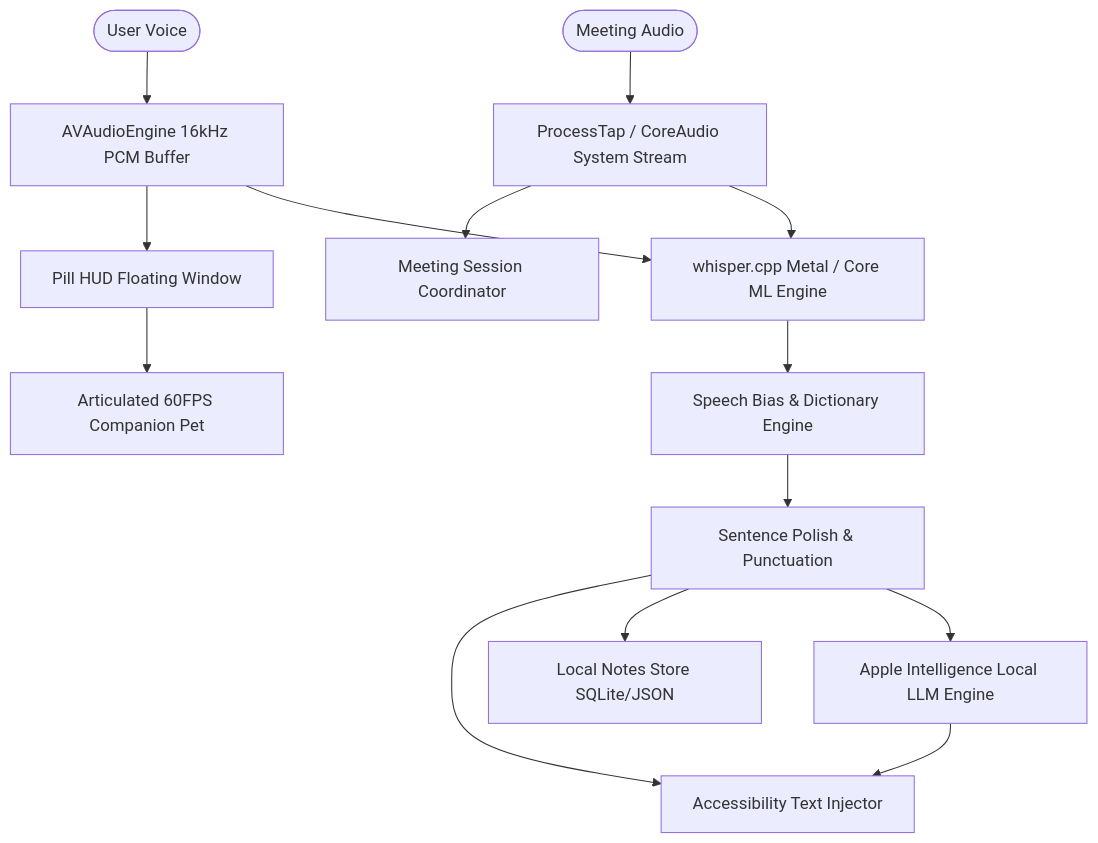
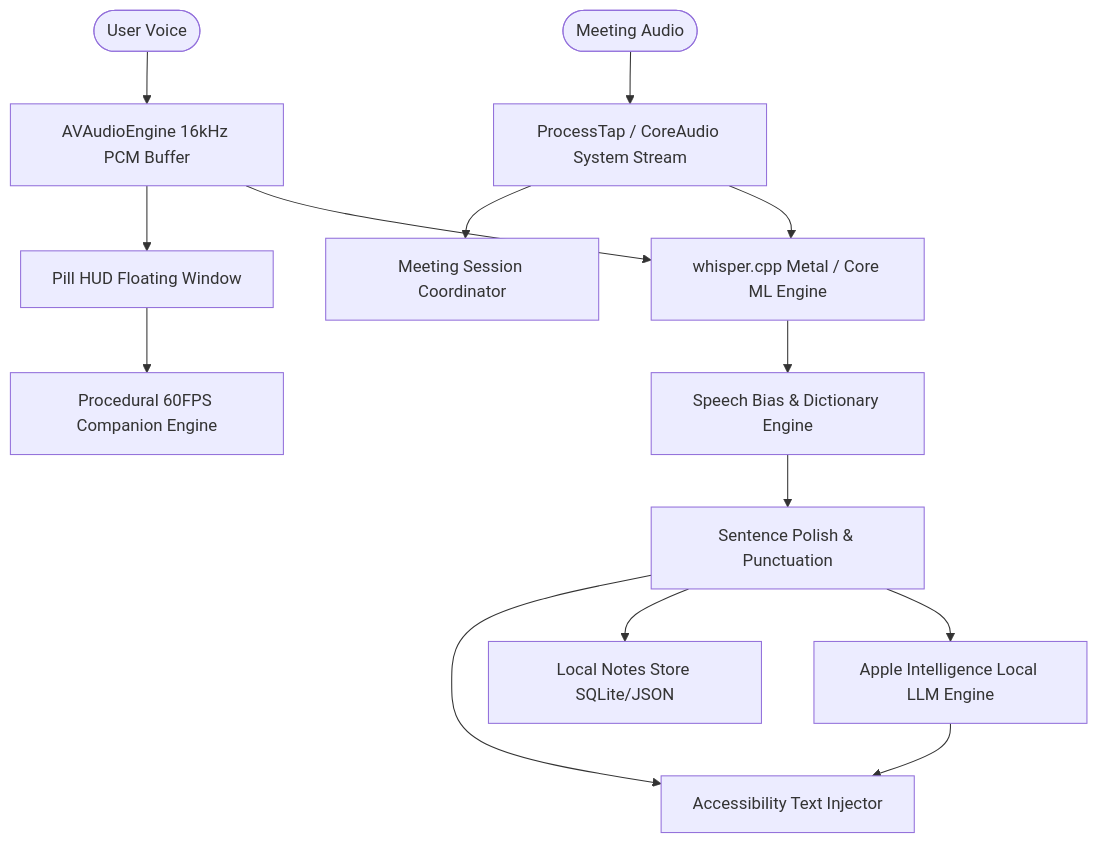
One commit to h3x-levi/Utter changed the diagram in README.md. Above: the diagram before and after it, drawn with Mermaid. The commit also changed other lines of this file and 2 other files, not shown here.

Commit message:
docs(readme): update companion details, character picker screenshot, homebrew install, and v1.1.56 links

````diff
--- a/README.md
+++ b/README.md
@@ -221,22 +236,22 @@
 ```mermaid
 graph TD
     User([User Voice]) --> Mic[AVAudioEngine 16kHz PCM Buffer]
     SysAudio([Meeting Audio]) --> Tap[ProcessTap / CoreAudio System Stream]
     
     Mic --> Pill[Pill HUD Floating Window]
     Tap --> Meeting[Meeting Session Coordinator]
     
     Mic --> Whisper[whisper.cpp Metal / Core ML Engine]
     Tap --> Whisper
     
     Whisper --> Bias[Speech Bias & Dictionary Engine]
     Bias --> Polish[Sentence Polish & Punctuation]
     
     Polish --> Injector[Accessibility Text Injector]
     Polish --> NoteStore[Local Notes Store SQLite/JSON]
     
     Polish --> AI[Apple Intelligence Local LLM Engine]
     AI --> Injector
     
-    Pill --> Companion[Articulated 60FPS Companion Pet]
+    Pill --> Companion[Procedural 60FPS Companion Engine]
 ```
````
